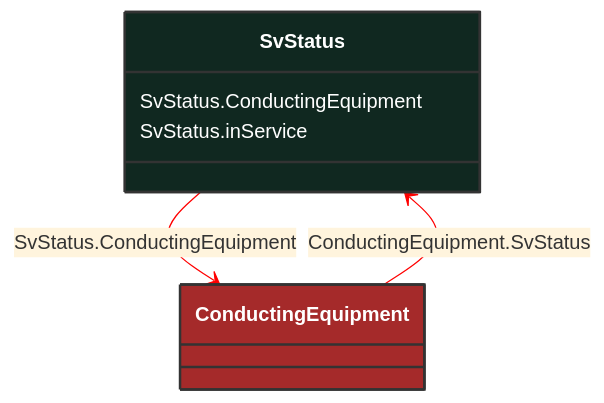
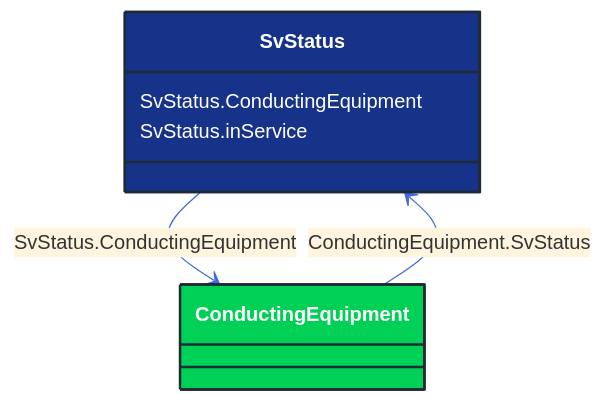
One commit to 3lbits/NoCIMExtensions changed the diagram in docs/Models/Profiles/StateVariables/ConcreteClasses/SvStatus.md. Above: the diagram before and after it, drawn with Mermaid. The commit also changed 362 other files, not shown here.

First line of the commit message:
Update diagrams and styles for improved visual consistency

````diff
--- a/docs/Models/Profiles/StateVariables/ConcreteClasses/SvStatus.md
+++ b/docs/Models/Profiles/StateVariables/ConcreteClasses/SvStatus.md
@@ -8,23 +8,23 @@
 ```mermaid
-%%{init: {'theme':'base','themeVariables': {'lineColor': '#FF0000'}}}%%
+%%{init: {'theme':'base','themeVariables': {'lineColor': '#4169E1'}}}%%
 classDiagram
     class SvStatus
     click SvStatus href "/Models/Profiles/StateVariables/ConcreteClasses/SvStatus/"
-    style SvStatus fill:#102820,stroke:#333,stroke-width:2px,rx:10,ry:10,color:white
+    style SvStatus fill:#163289,stroke:#1F2A37,stroke-width:2px,rx:10,ry:10,color:white
 
         SvStatus --> ConductingEquipment : SvStatus.ConductingEquipment
 
         ConductingEquipment
             click ConductingEquipment href "/Models/Profiles/StateVariables/AbstractClasses/ConductingEquipment/"
-            style ConductingEquipment fill:#A52A2A,stroke:#333,stroke-width:2px,rx:10,ry:10,color:white
+            style ConductingEquipment fill:#00D156,stroke:#1F2A37,stroke-width:2px,rx:10,ry:10,color:white
 
         ConductingEquipment --> SvStatus : ConductingEquipment.SvStatus
 
         ConductingEquipment
             click ConductingEquipment href "/Models/Profiles/StateVariables/AbstractClasses/ConductingEquipment/"
-            style ConductingEquipment fill:#A52A2A,stroke:#333,stroke-width:2px,rx:10,ry:10,color:white
+            style ConductingEquipment fill:#00D156,stroke:#1F2A37,stroke-width:2px,rx:10,ry:10,color:white
 
 
         SvStatus : SvStatus.ConductingEquipment
         SvStatus : SvStatus.inService
 ```
````
